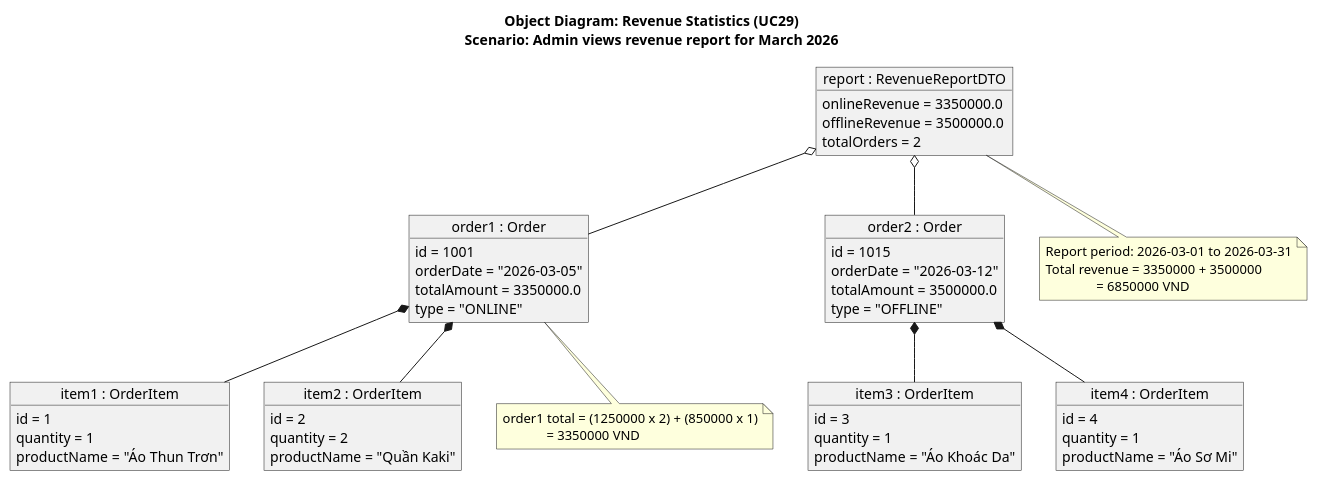
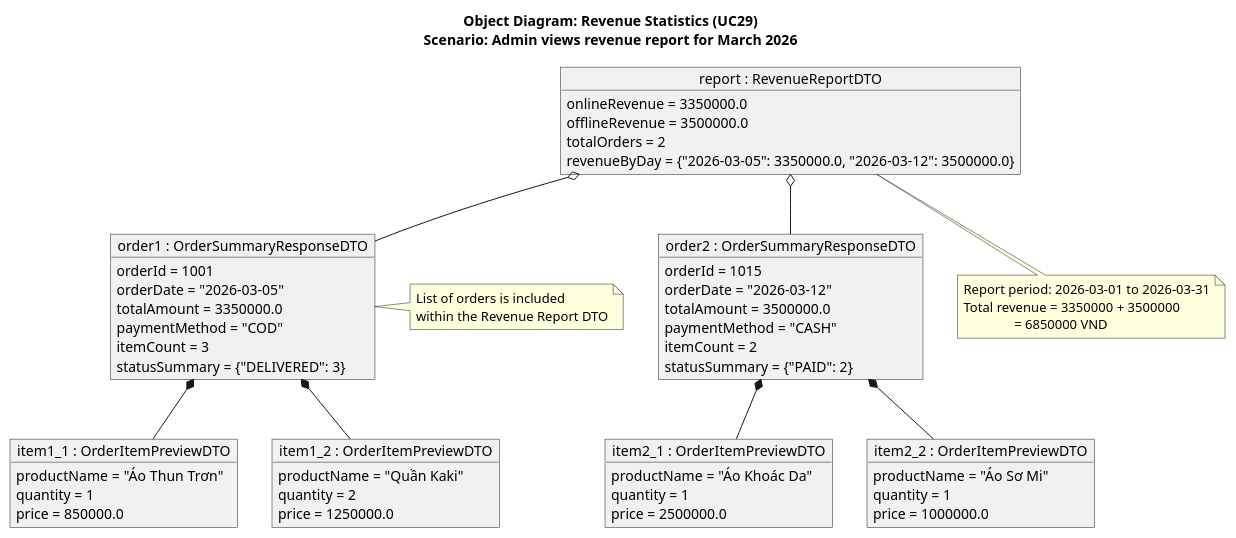
Before and after one commit to Peterdir/fashion-store-system: the diagram in src/main/java/org/example/fashionstoresystem/uml/Object/OD29_RevenueStatistics.puml, drawn with PlantUML. The commit also changed 31 other files, not shown here.

Commit message:
Update uml

```diff
--- a/src/main/java/org/example/fashionstoresystem/uml/Object/OD29_RevenueStatistics.puml
+++ b/src/main/java/org/example/fashionstoresystem/uml/Object/OD29_RevenueStatistics.puml
@@ -1,70 +1,75 @@
 @startuml
 title Object Diagram: Revenue Statistics (UC29)\nScenario: Admin views revenue report for March 2026
 
 ' DTO - Revenue report result
 object "report : RevenueReportDTO" as report {
     onlineRevenue = 3350000.0
     offlineRevenue = 3500000.0
     totalOrders = 2
+    revenueByDay = {"2026-03-05": 3350000.0, "2026-03-12": 3500000.0}
 }
 
-' Entity - Order 1 with items
-object "order1 : Order" as o1 {
-    id = 1001
+' DTO - Order 1 summary
+object "order1 : OrderSummaryResponseDTO" as o1 {
+    orderId = 1001
     orderDate = "2026-03-05"
     totalAmount = 3350000.0
-    type = "ONLINE"
+    paymentMethod = "COD"
+    itemCount = 3
+    statusSummary = {"DELIVERED": 3}
 }
 
-object "item1 : OrderItem" as i1 {
-    id = 1
+object "item1_1 : OrderItemPreviewDTO" as i1_1 {
+    productName = "Áo Thun Trơn"
     quantity = 1
-    productName = "Áo Thun Trơn"
+    price = 850000.0
 }
 
-object "item2 : OrderItem" as i2 {
-    id = 2
+object "item1_2 : OrderItemPreviewDTO" as i1_2 {
+    productName = "Quần Kaki"
     quantity = 2
-    productName = "Quần Kaki"
+    price = 1250000.0
 }
 
-' Entity - Order 2 with items
-object "order2 : Order" as o2 {
-    id = 1015
+' DTO - Order 2 summary
+object "order2 : OrderSummaryResponseDTO" as o2 {
+    orderId = 1015
     orderDate = "2026-03-12"
     totalAmount = 3500000.0
-    type = "OFFLINE"
+    paymentMethod = "CASH"
+    itemCount = 2
+    statusSummary = {"PAID": 2}
 }
 
-object "item3 : OrderItem" as i3 {
-    id = 3
+object "item2_1 : OrderItemPreviewDTO" as i2_1 {
+    productName = "Áo Khoác Da"
     quantity = 1
-    productName = "Áo Khoác Da"
+    price = 2500000.0
 }
 
-object "item4 : OrderItem" as i4 {
-    id = 4
+object "item2_2 : OrderItemPreviewDTO" as i2_2 {
+    productName = "Áo Sơ Mi"
     quantity = 1
-    productName = "Áo Sơ Mi"
+    price = 1000000.0
 }
 
 ' Structural relationships
 report o-- o1
 report o-- o2
-o1 *-- i1
-o1 *-- i2
-o2 *-- i3
-o2 *-- i4
+o1 *-- i1_1
+o1 *-- i1_2
+o2 *-- i2_1
+o2 *-- i2_2
 
 note bottom of report
     Report period: 2026-03-01 to 2026-03-31
     Total revenue = 3350000 + 3500000
                    = 6850000 VND
 end note
 
-note bottom of o1
-    order1 total = (1250000 x 2) + (850000 x 1)
-                 = 3350000 VND
+note right of o1
+    List of orders is included
+    within the Revenue Report DTO
 end note
 
 @enduml
```
